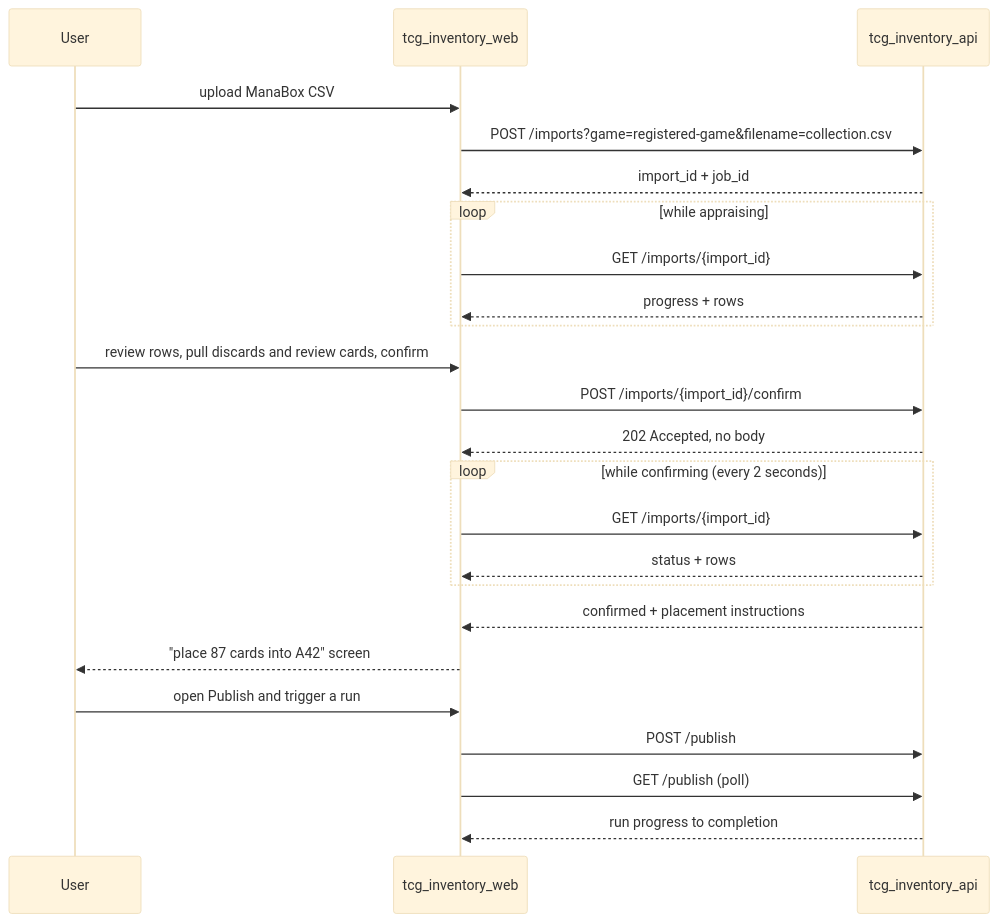
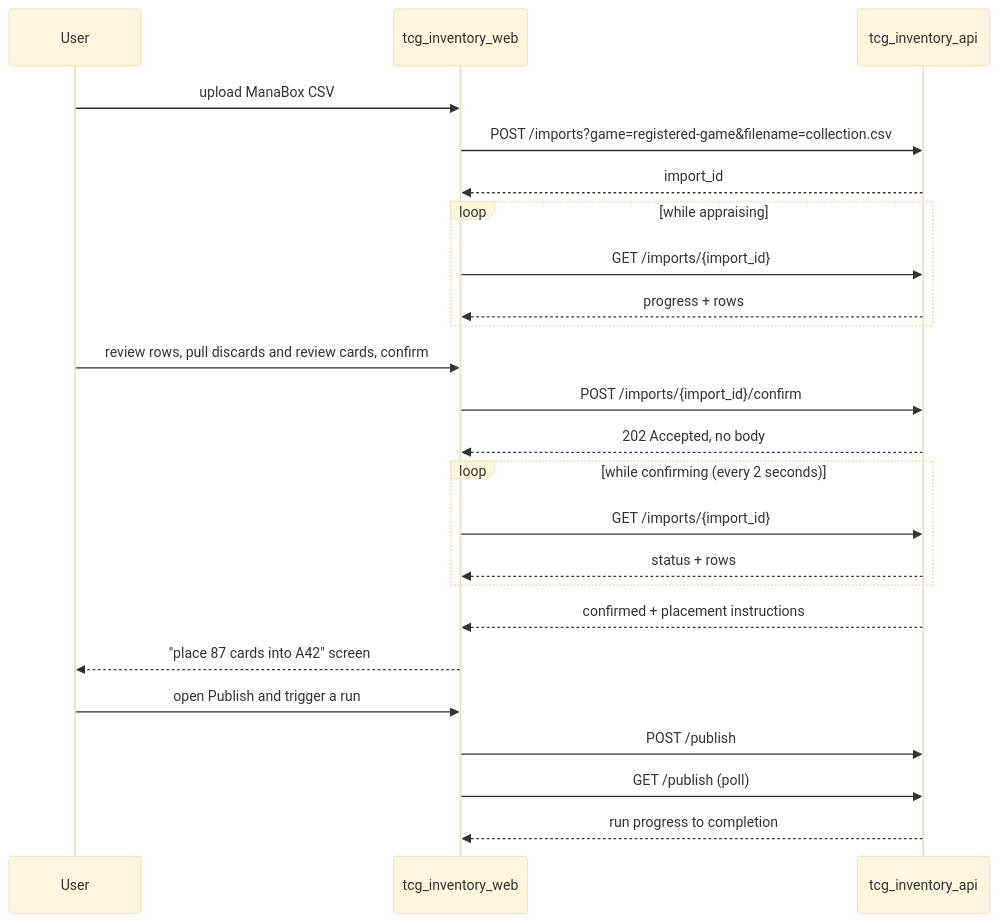
The second of 3 diagrams in tcg_inventory_web/README.md (jordansimsmith/jordansimsmith-com), drawn with Mermaid (base theme) before and after one commit. The commit also changed other lines of this file and 42 other files, not shown here.

````diff
--- a/tcg_inventory_web/README.md
+++ b/tcg_inventory_web/README.md
@@ -78,27 +78,27 @@
 ```mermaid
 sequenceDiagram
   participant user as User
   participant web as tcg_inventory_web
   participant api as tcg_inventory_api
 
   user->>web: upload ManaBox CSV
   web->>api: POST /imports?game=registered-game&filename=collection.csv
-  api-->>web: import_id + job_id
+  api-->>web: import_id
   loop while appraising
     web->>api: GET /imports/{import_id}
     api-->>web: progress + rows
   end
   user->>web: review rows, pull discards and review cards, confirm
   web->>api: POST /imports/{import_id}/confirm
   api-->>web: 202 Accepted, no body
   loop while confirming (every 2 seconds)
     web->>api: GET /imports/{import_id}
     api-->>web: status + rows
   end
   api-->>web: confirmed + placement instructions
   web-->>user: "place 87 cards into A42" screen
   user->>web: open Publish and trigger a run
   web->>api: POST /publish
   web->>api: GET /publish (poll)
   api-->>web: run progress to completion
 ```
````
